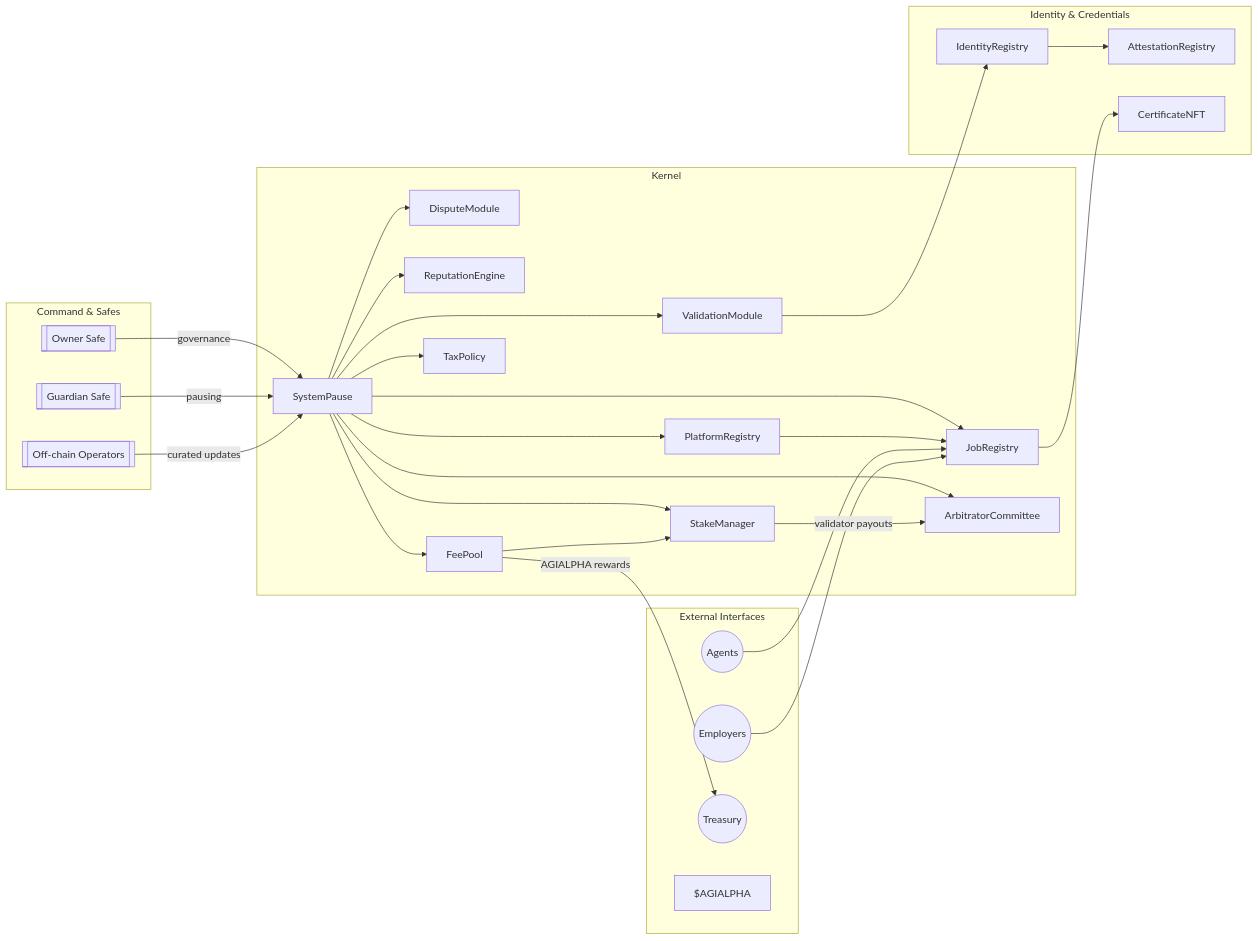
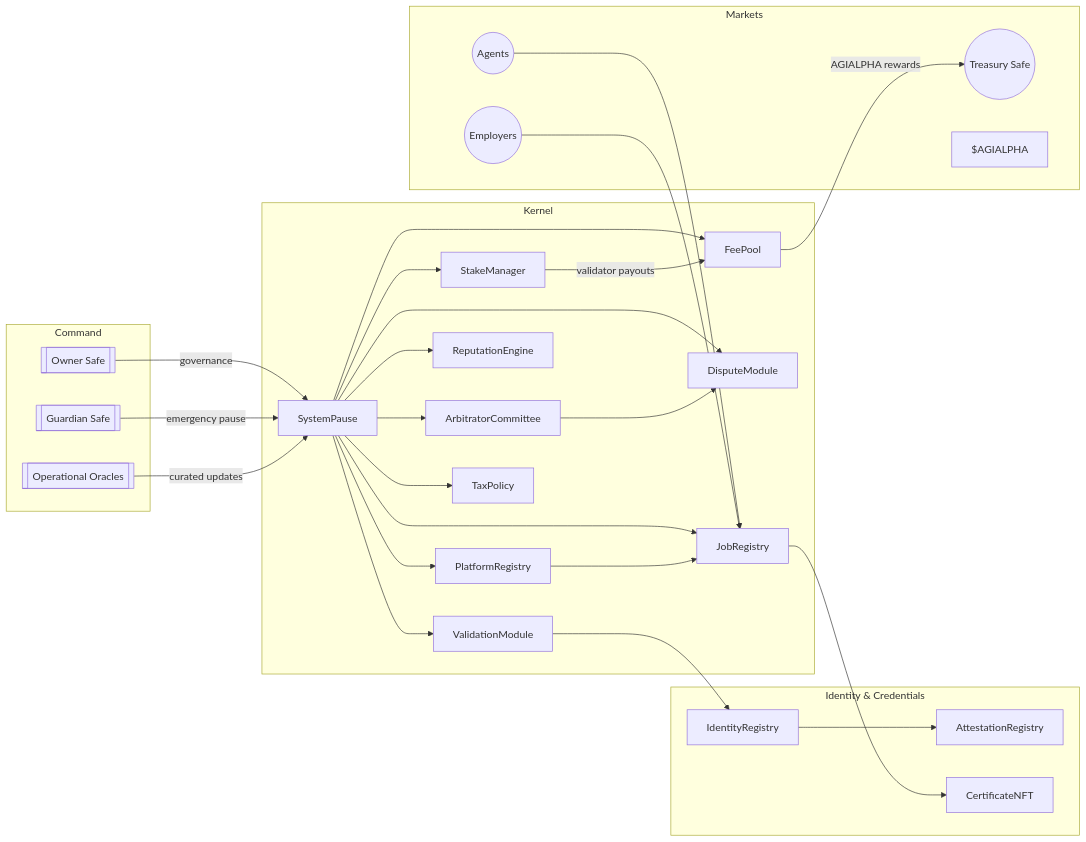
Before and after one commit to MontrealAI/agijobs-sovereign-labor-v0p1: the second of 4 diagrams in hardhat/README.md, drawn with Mermaid. The commit also changed other lines of this file and 1 other file, not shown here.

````diff
--- a/hardhat/README.md
+++ b/hardhat/README.md
@@ -73,53 +81,45 @@
 ```mermaid
 flowchart LR
-    subgraph Command[Command & Safes]
+    subgraph Command
         Owner[[Owner Safe]]
         Guardian[[Guardian Safe]]
-        L2Oracles[[Off-chain Operators]]
+        Operators[[Operational Oracles]]
     end
-    subgraph Kernel[Kernel]
+    subgraph Kernel
         Pause[SystemPause]
         Stake[StakeManager]
         Jobs[JobRegistry]
         Valid[ValidationModule]
         Dispute[DisputeModule]
         Platform[PlatformRegistry]
         Reputation[ReputationEngine]
         Committee[ArbitratorCommittee]
         FeePool[FeePool]
         Tax[TaxPolicy]
     end
-    subgraph IdentitySphere[Identity & Credentials]
+    subgraph IdentityPlane[Identity & Credentials]
         Identity[IdentityRegistry]
         Attest[AttestationRegistry]
         Cert[CertificateNFT]
     end
-    subgraph Markets[External Interfaces]
+    subgraph Markets
         Workers((Agents))
         Employers((Employers))
-        Treasury((Treasury))
+        Treasury((Treasury Safe))
         Token[$AGIALPHA]
     end
 
     Owner -->|governance| Pause
-    Guardian -->|pausing| Pause
-    L2Oracles -->|curated updates| Pause
-    Pause --> Jobs
-    Pause --> Stake
-    Pause --> Valid
-    Pause --> Dispute
-    Pause --> Platform
-    Pause --> FeePool
-    Pause --> Reputation
-    Pause --> Committee
-    Pause --> Tax
+    Guardian -->|emergency pause| Pause
+    Operators -->|curated updates| Pause
+    Pause --> Jobs & Stake & Valid & Dispute & Platform & FeePool & Reputation & Committee & Tax
     Jobs --> Cert
     Valid --> Identity
     Identity --> Attest
     Platform --> Jobs
     FeePool -->|AGIALPHA rewards| Treasury
-    FeePool --> Stake
-    Stake -->|validator payouts| Committee
+    Stake -->|validator payouts| FeePool
+    Committee --> Dispute
     Workers --> Jobs
     Employers --> Jobs
 ```
````
